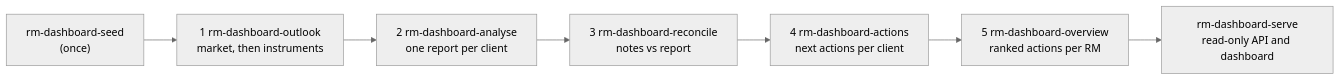
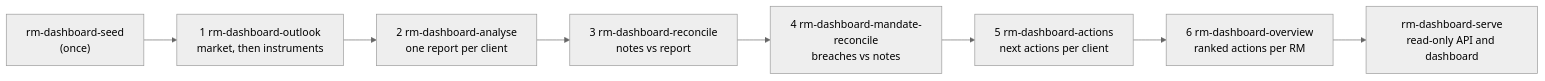
One commit to webmobix/rmsignal changed the second of 6 diagrams in docs/architecture.md. Above: the diagram before and after it, drawn with Mermaid (neutral theme). The commit also changed other lines of this file and 61 other files, not shown here.

````diff
--- a/docs/architecture.md
+++ b/docs/architecture.md
@@ -137,9 +146,10 @@
 ```mermaid
 flowchart LR
   S["rm-dashboard-seed<br/>(once)"] --> O["1 rm-dashboard-outlook<br/>market, then instruments"]
   O --> A["2 rm-dashboard-analyse<br/>one report per client"]
   A --> R["3 rm-dashboard-reconcile<br/>notes vs report"]
-  R --> C["4 rm-dashboard-actions<br/>next actions per client"]
-  C --> V["5 rm-dashboard-overview<br/>ranked actions per RM"]
+  R --> M["4 rm-dashboard-mandate-reconcile<br/>breaches vs notes"]
+  M --> C["5 rm-dashboard-actions<br/>next actions per client"]
+  C --> V["6 rm-dashboard-overview<br/>ranked actions per RM"]
   V --> W["rm-dashboard-serve<br/>read-only API and dashboard"]
 ```
````
